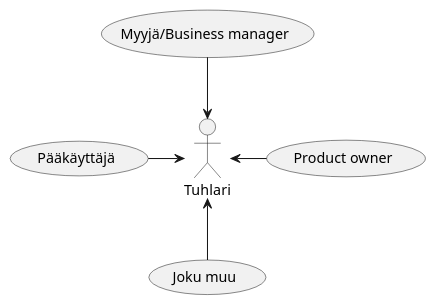
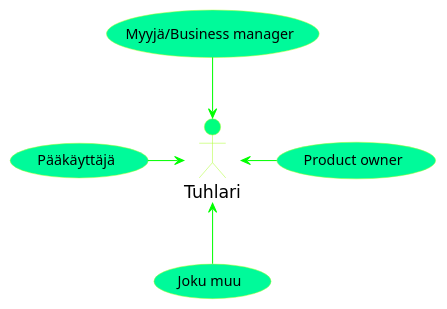
The first of 13 diagrams in dokumentit/02-vaatimusmaarittely/vaatimusmaarittely.md (martimik/TuHlaRi-core), drawn with PlantUML before and after one commit. The commit also changed other lines of this file, not shown here.

````diff
--- a/dokumentit/02-vaatimusmaarittely/vaatimusmaarittely.md
+++ b/dokumentit/02-vaatimusmaarittely/vaatimusmaarittely.md
@@ -58,7 +58,25 @@
 ```plantuml
+skinparam sequence {
+	ArrowColor GreenYellow
+	ActorBorderColor GreenYellow
+	ActorBackgroundColor SpringGreen
+	ActorFontColor Black
+	ActorFontSize 17
+	ActorFontName Aapex
+}
+
+skinparam usecase {
+	BackgroundColor MediumSpringGreen
+	BorderColor GreenYellow
+
+	ArrowColor Lime
+	ActorBorderColor black
+	ActorFontName Courier
+}
+
 (Pääkäyttäjä)-right->Tuhlari
 (Product owner)-left->Tuhlari
 (Myyjä/Business manager)-->Tuhlari
 (Joku muu)-up->Tuhlari
 
 ```
````
